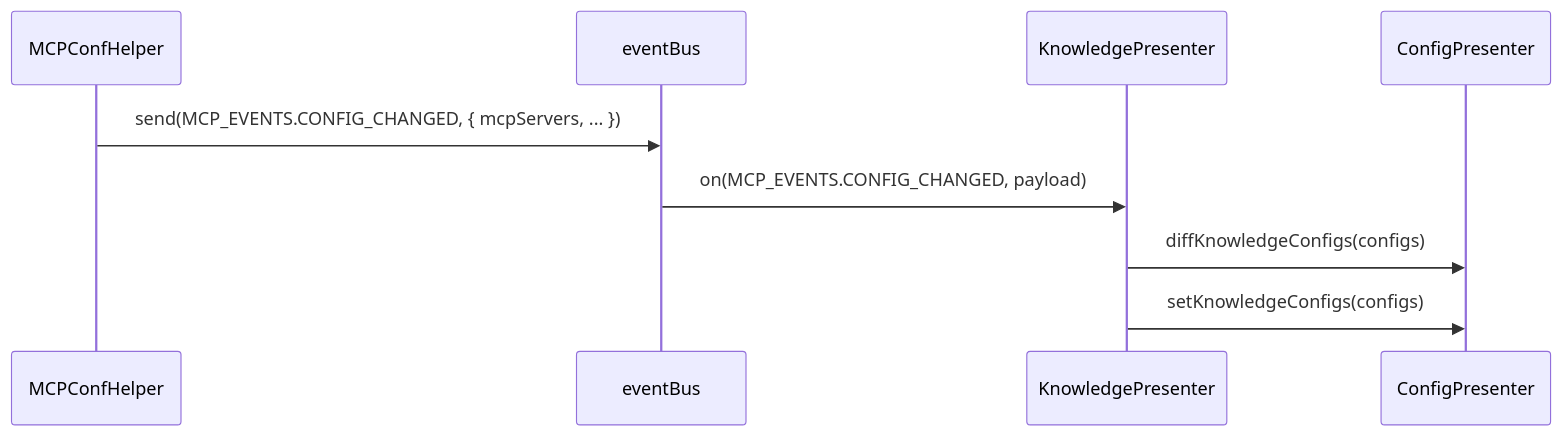
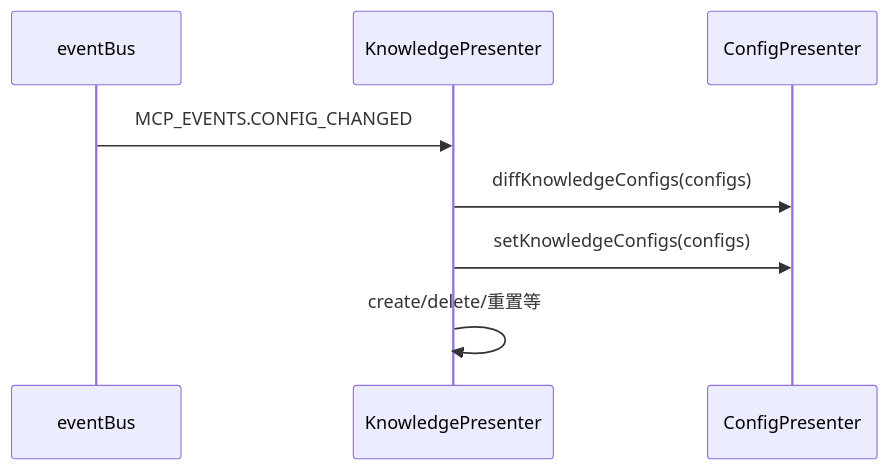
The diagram in docs/builtin-knowledge.md (wangle201210/deepchat), drawn with Mermaid before and after one commit. The commit also changed other lines of this file and 8 other files, not shown here.

Commit message:
feat: enhance BuiltinKnowledge module with detailed architecture and design documentation

````diff
--- a/docs/builtin-knowledge.md
+++ b/docs/builtin-knowledge.md
@@ -40,12 +49,11 @@
 ```mermaid
 sequenceDiagram
-    participant MCPConfHelper
     participant eventBus
     participant KnowledgePresenter
     participant ConfigPresenter
 
-    MCPConfHelper->>eventBus: send(MCP_EVENTS.CONFIG_CHANGED, { mcpServers, ... })
-    eventBus->>KnowledgePresenter: on(MCP_EVENTS.CONFIG_CHANGED, payload)
+    eventBus->>KnowledgePresenter: MCP_EVENTS.CONFIG_CHANGED
     KnowledgePresenter->>ConfigPresenter: diffKnowledgeConfigs(configs)
     KnowledgePresenter->>ConfigPresenter: setKnowledgeConfigs(configs)
+    KnowledgePresenter->>KnowledgePresenter: create/delete/重置等
 ```
````
